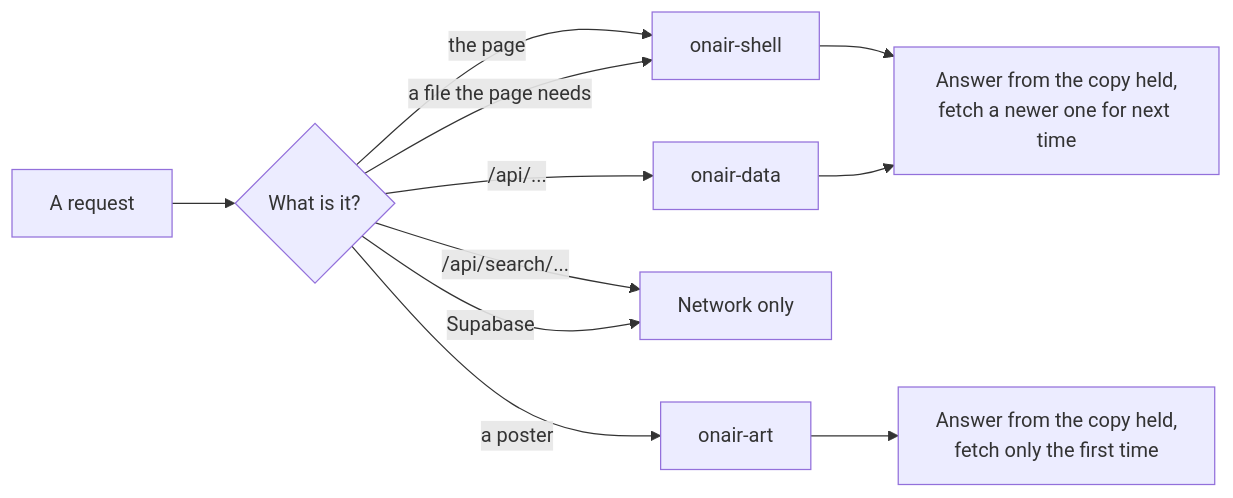
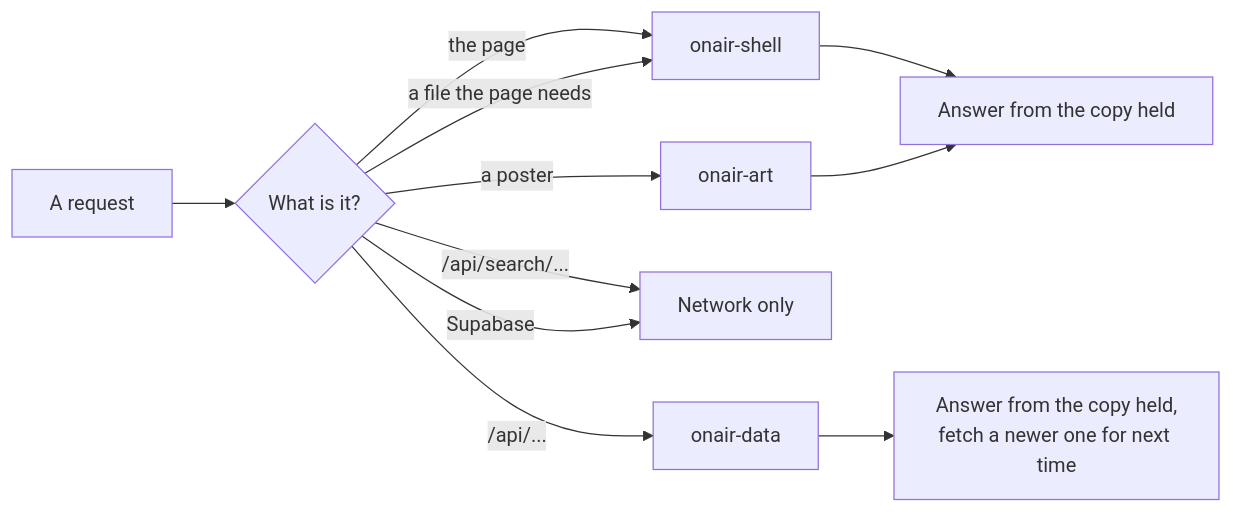
Before and after one commit to smaspe/onair: the second of 4 diagrams in architecture/offline.md, drawn with Mermaid. The commit also changed other lines of this file and 5 other files, not shown here.

````diff
--- a/architecture/offline.md
+++ b/architecture/offline.md
@@ -54,14 +54,14 @@
 ```mermaid
 flowchart LR
   req["A request"] --> nav{"What is it?"}
   nav -->|"the page"| shell["onair-shell"]
   nav -->|"a file the page needs"| shell
   nav -->|"/api/..."| data["onair-data"]
   nav -->|"/api/search/..."| net["Network only"]
   nav -->|"a poster"| art["onair-art"]
   nav -->|"Supabase"| net
 
-  shell --> swr["Answer from the copy held,<br/>fetch a newer one for next time"]
-  data --> swr
-  art --> keep["Answer from the copy held,<br/>fetch only the first time"]
+  shell --> keep["Answer from the copy held"]
+  data --> swr["Answer from the copy held,<br/>fetch a newer one for next time"]
+  art --> keep
 ```
````
